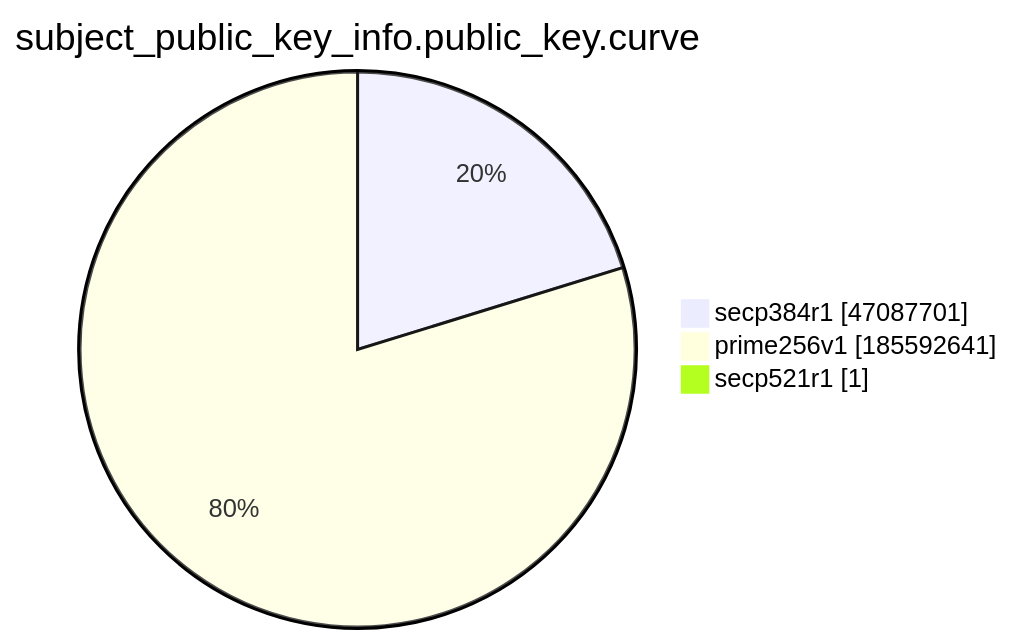
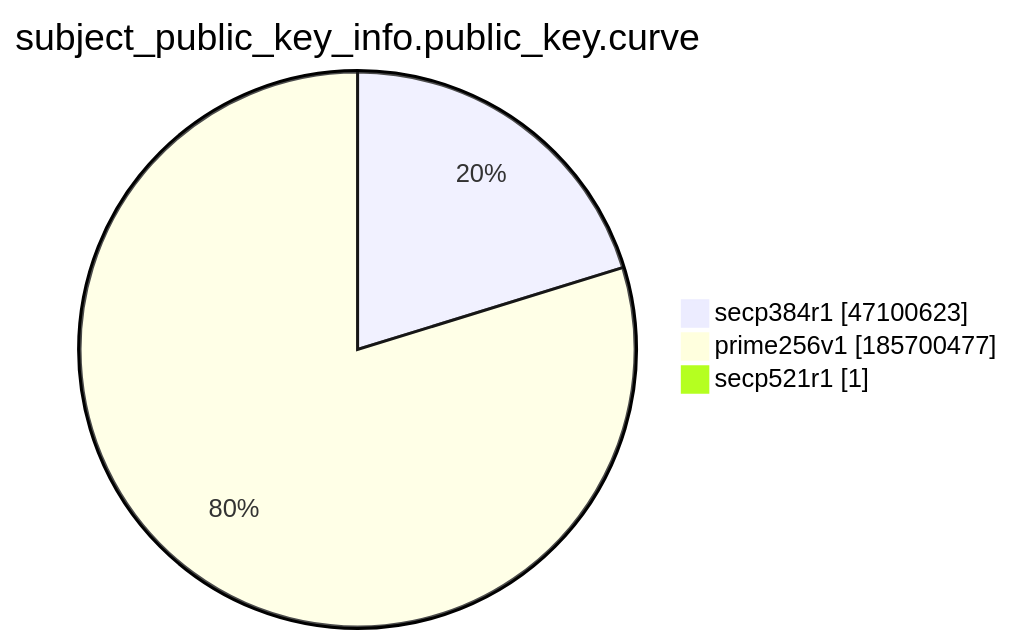
Before and after one commit to christiankrug/ctmonitor_visualization: the ninth of 15 diagrams in xenon2022/README.md, drawn with Mermaid. The commit also changed other lines of this file, not shown here.

````diff
--- a/xenon2022/README.md
+++ b/xenon2022/README.md
@@ -2874,7 +2874,7 @@
 ```mermaid
 pie showData
 title subject_public_key_info.public_key.curve
-"secp384r1" :47087701
-"prime256v1" :185592641
+"secp384r1" :47100623
+"prime256v1" :185700477
 "secp521r1" :1
 ```
````
